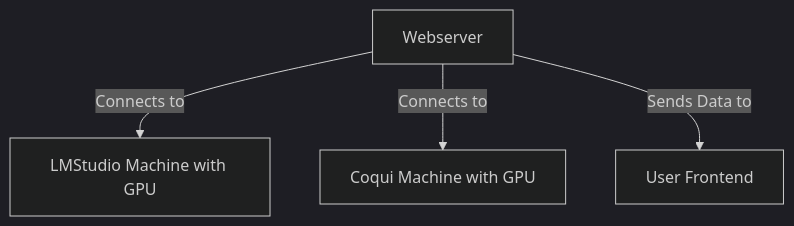
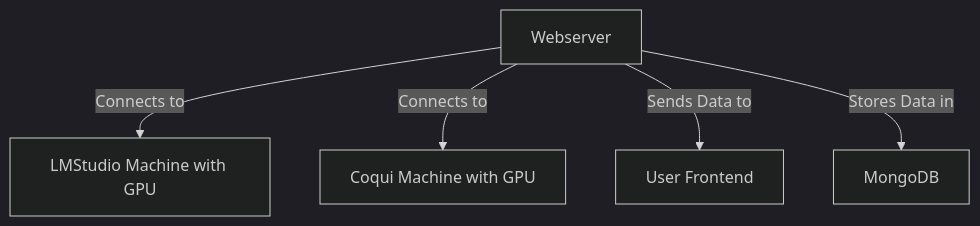
Before and after one commit to HarleyVader/js-bambisleep-chat: the first of 2 diagrams in README.md, drawn with Mermaid (dark theme). The commit also changed other lines of this file and 8 other files, not shown here.

````diff
--- a/README.md
+++ b/README.md
@@ -85,6 +261,7 @@
 ```mermaid
 graph TD
     A[Webserver] -->|Connects to| B[LMStudio Machine with GPU]
     A -->|Connects to| C[Coqui Machine with GPU]
     A -->|Sends Data to| D[User Frontend]
+    A -->|Stores Data in| E[MongoDB]
 ```
````
